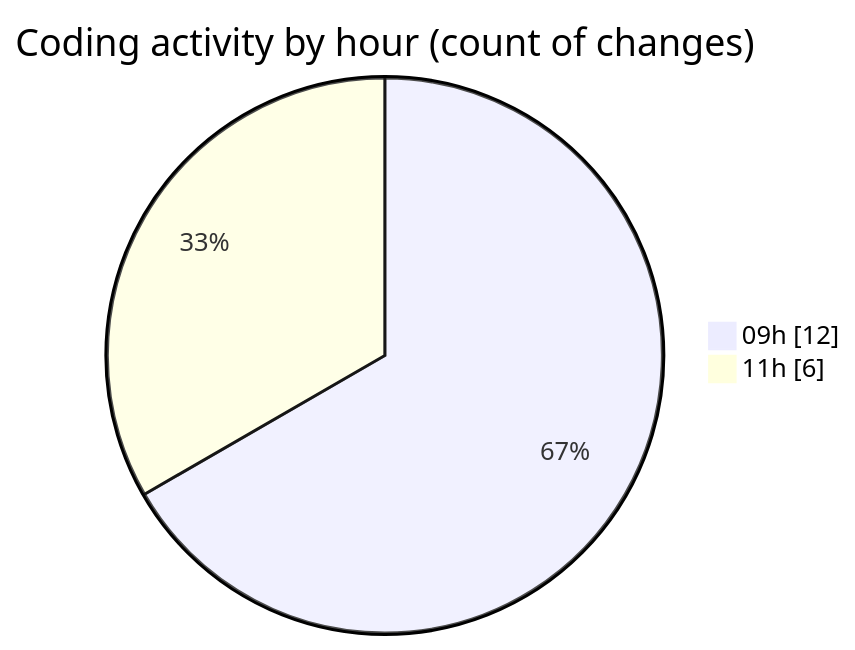
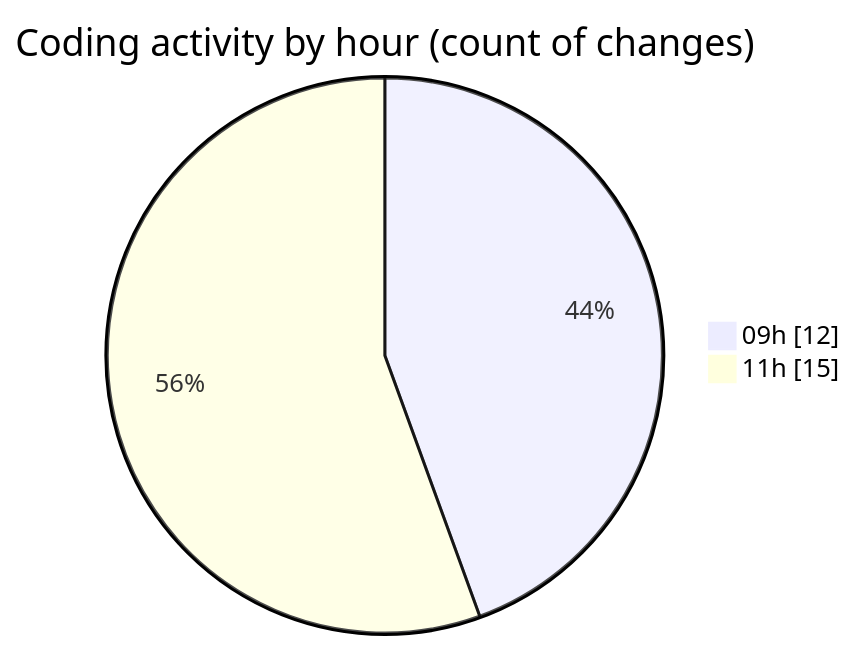
The second of 2 diagrams in 2025-02-20/mbc-web/README.md (robertbonfada/code-tracking), drawn with Mermaid before and after one commit. The commit also changed other lines of this file and 1 other file, not shown here.

````diff
--- a/2025-02-20/mbc-web/README.md
+++ b/2025-02-20/mbc-web/README.md
@@ -39,6 +46,6 @@
 ```mermaid
 pie showData
 title Coding activity by hour (count of changes)
 "09h" : 12
-"11h" : 6
+"11h" : 15
 ```
````
